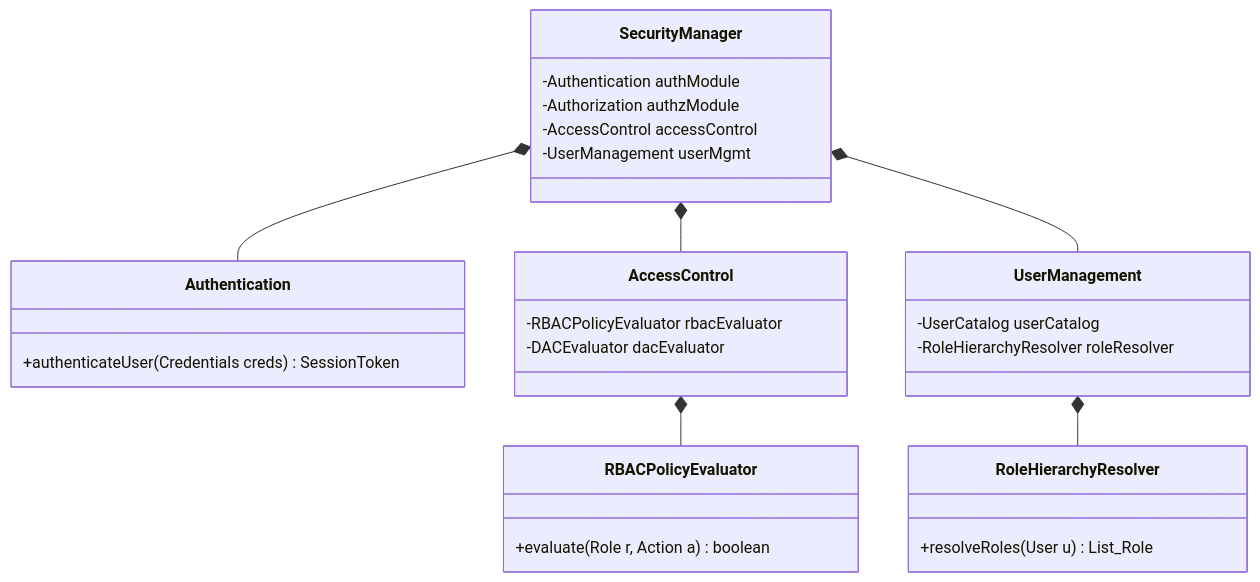
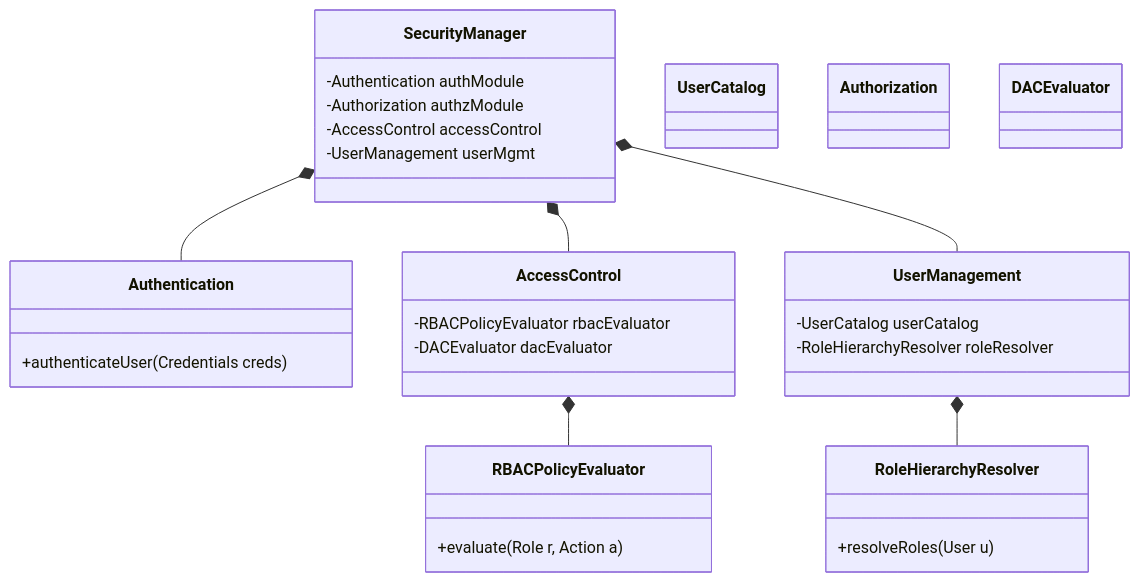
One commit to TamBui1706/DBMS changed the eighth of 9 diagrams in README.md. Above: the diagram before and after it, drawn with Mermaid. The commit also changed other lines of this file, not shown here.

Commit message:
Fix GitHub Mermaid strict parser issues: explicitly define all referenced classes in classDiagrams, simplify types

````diff
--- a/README.md
+++ b/README.md
@@ -700,31 +745,34 @@
 ```mermaid
 classDiagram
     class SecurityManager {
         -Authentication authModule
         -Authorization authzModule
         -AccessControl accessControl
         -UserManagement userMgmt
     }
     class Authentication {
-        +authenticateUser(Credentials creds) SessionToken
+        +authenticateUser(Credentials creds)
     }
     class AccessControl {
         -RBACPolicyEvaluator rbacEvaluator
         -DACEvaluator dacEvaluator
     }
     class RBACPolicyEvaluator {
-        +evaluate(Role r, Action a) boolean
+        +evaluate(Role r, Action a)
     }
     class UserManagement {
         -UserCatalog userCatalog
         -RoleHierarchyResolver roleResolver
     }
     class RoleHierarchyResolver {
-        +resolveRoles(User u) List_Role
+        +resolveRoles(User u)
     }
     SecurityManager *-- Authentication
     SecurityManager *-- AccessControl
     SecurityManager *-- UserManagement
     AccessControl *-- RBACPolicyEvaluator
     UserManagement *-- RoleHierarchyResolver
+    class UserCatalog
+    class Authorization
+    class DACEvaluator
 ```
````
